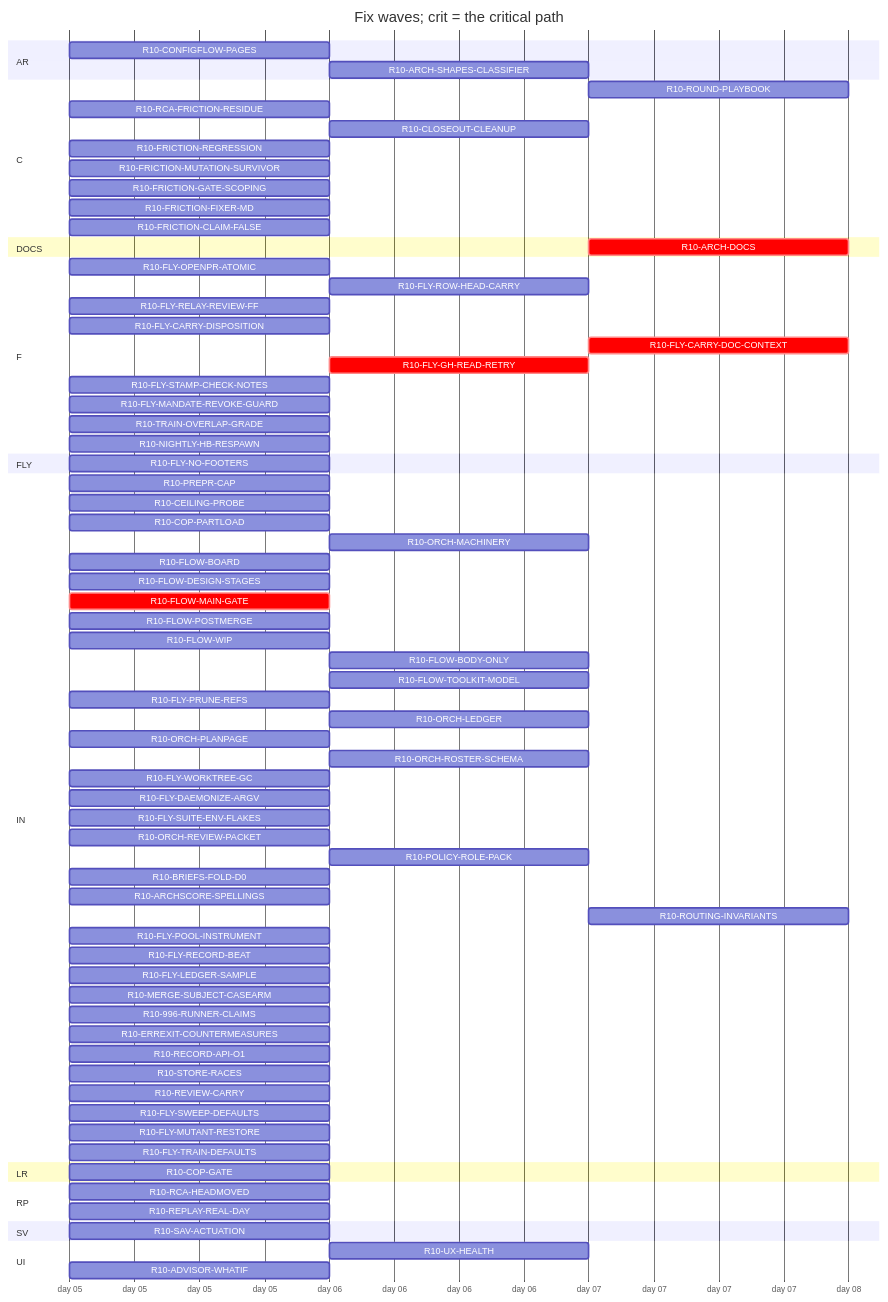
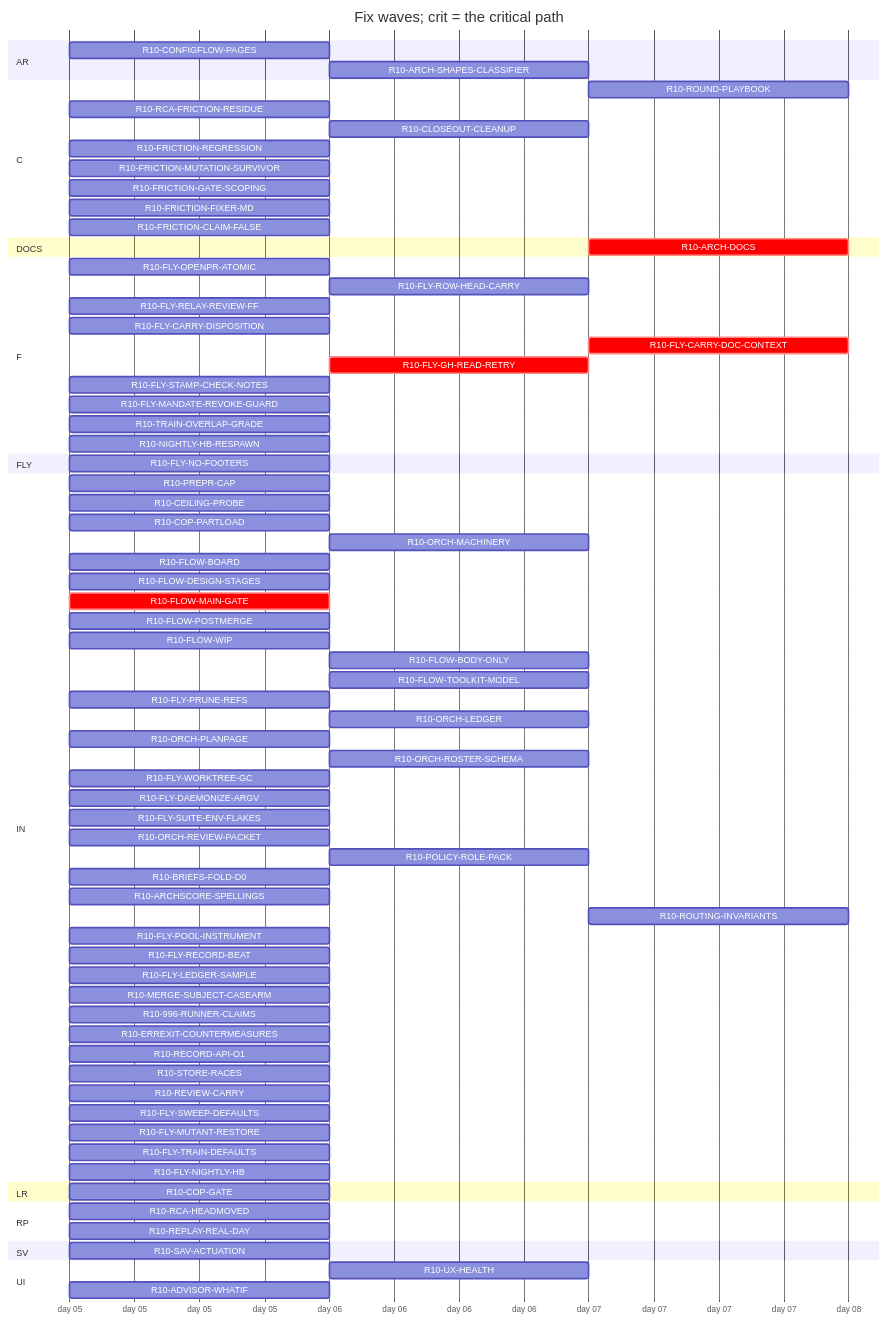
One commit to tvofi/heatpump_optimizer changed the diagram in handoff/round10/state/PLAN-TABLE.md. Above: the diagram before and after it, drawn with Mermaid. The commit also changed other lines of this file and 3 other files, not shown here.

Commit message:
state: FLOW-BOARD.md, NEXT-SESSION-PROMPT.md, PLAN-TABLE.md, RESUME-CURRENT.md regenerated (state_docs.py)

````diff
--- a/handoff/round10/state/PLAN-TABLE.md
+++ b/handoff/round10/state/PLAN-TABLE.md
@@ -23,79 +23,80 @@
 ```mermaid
 gantt
   title Fix waves; crit = the critical path
   dateFormat YYYY-MM-DD
   axisFormat day %d
   section AR
     R10-CONFIGFLOW-PAGES :r10CONFIGFLOWPAGES, 2026-01-05, 1d
     R10-ARCH-SHAPES-CLASSIFIER :r10ARCHSHAPESCLASSIFIER, after r10996RUNNERCLAIMS, 1d
   section C
     R10-ROUND-PLAYBOOK :r10ROUNDPLAYBOOK, after r10ORCHLEDGER r10ORCHPLANPAGE r10FLOWMAINGATE r10FLYRELAYREVIEWFF r10FLOWBODYONLY, 1d
     R10-RCA-FRICTION-RESIDUE :r10RCAFRICTIONRESIDUE, 2026-01-05, 1d
     R10-CLOSEOUT-CLEANUP :r10CLOSEOUTCLEANUP, after r10FLYPRUNEREFS r10FLYWORKTREEGC, 1d
     R10-FRICTION-REGRESSION :r10FRICTIONREGRESSION, 2026-01-05, 1d
     R10-FRICTION-MUTATION-SURVIVOR :r10FRICTIONMUTATIONSURVIVOR, 2026-01-05, 1d
     R10-FRICTION-GATE-SCOPING :r10FRICTIONGATESCOPING, 2026-01-05, 1d
     R10-FRICTION-FIXER-MD :r10FRICTIONFIXERMD, 2026-01-05, 1d
     R10-FRICTION-CLAIM-FALSE :r10FRICTIONCLAIMFALSE, 2026-01-05, 1d
   section DOCS
     R10-ARCH-DOCS :crit, r10ARCHDOCS, after r10COPGATE r10UXHEALTH r10CONFIGFLOWPAGES r10RCAHEADMOVED r10CEILINGPROBE r10COPPARTLOAD r10FLOWBOARD r10FLOWDESIGNSTAGES r10FLOWPOSTMERGE r10FLOWWIP r10FLOWBODYONLY r10FLYOPENPRATOMIC r10FLYROWHEADCARRY r10FLYRELAYREVIEWFF r10FLYCARRYDISPOSITION r10FLYCARRYDOCCONTEXT r10FLOWTOOLKITMODEL r10FLYSTAMPCHECKNOTES r10FLYMANDATEREVOKEGUARD r10RCAFRICTIONRESIDUE r10TRAINOVERLAPGRADE r10NIGHTLYHBRESPAWN r10FLYPRUNEREFS r10ORCHLEDGER r10ORCHPLANPAGE r10ORCHROSTERSCHEMA r10FLYWORKTREEGC r10FLYDAEMONIZEARGV r10ORCHREVIEWPACKET r10POLICYROLEPACK r10BRIEFSFOLDD0 r10REPLAYREALDAY r10ARCHSCORESPELLINGS r10SAVACTUATION r10FLYLEDGERSAMPLE, 1d
   section F
     R10-FLY-OPENPR-ATOMIC :r10FLYOPENPRATOMIC, 2026-01-05, 1d
     R10-FLY-ROW-HEAD-CARRY :r10FLYROWHEADCARRY, after r10FLYOPENPRATOMIC, 1d
     R10-FLY-RELAY-REVIEW-FF :r10FLYRELAYREVIEWFF, 2026-01-05, 1d
     R10-FLY-CARRY-DISPOSITION :r10FLYCARRYDISPOSITION, 2026-01-05, 1d
     R10-FLY-CARRY-DOC-CONTEXT :crit, r10FLYCARRYDOCCONTEXT, after r10FLYGHREADRETRY, 1d
     R10-FLY-GH-READ-RETRY :crit, r10FLYGHREADRETRY, after r10FLOWMAINGATE, 1d
     R10-FLY-STAMP-CHECK-NOTES :r10FLYSTAMPCHECKNOTES, 2026-01-05, 1d
     R10-FLY-MANDATE-REVOKE-GUARD :r10FLYMANDATEREVOKEGUARD, 2026-01-05, 1d
     R10-TRAIN-OVERLAP-GRADE :r10TRAINOVERLAPGRADE, 2026-01-05, 1d
     R10-NIGHTLY-HB-RESPAWN :r10NIGHTLYHBRESPAWN, 2026-01-05, 1d
   section FLY
     R10-FLY-NO-FOOTERS :r10FLYNOFOOTERS, 2026-01-05, 1d
   section IN
     R10-PREPR-CAP :r10PREPRCAP, 2026-01-05, 1d
     R10-CEILING-PROBE :r10CEILINGPROBE, 2026-01-05, 1d
     R10-COP-PARTLOAD :r10COPPARTLOAD, 2026-01-05, 1d
     R10-ORCH-MACHINERY :r10ORCHMACHINERY, after r10FLOWMAINGATE, 1d
     R10-FLOW-BOARD :r10FLOWBOARD, 2026-01-05, 1d
     R10-FLOW-DESIGN-STAGES :r10FLOWDESIGNSTAGES, 2026-01-05, 1d
     R10-FLOW-MAIN-GATE :crit, r10FLOWMAINGATE, 2026-01-05, 1d
     R10-FLOW-POSTMERGE :r10FLOWPOSTMERGE, 2026-01-05, 1d
     R10-FLOW-WIP :r10FLOWWIP, 2026-01-05, 1d
     R10-FLOW-BODY-ONLY :r10FLOWBODYONLY, after r10FLYOPENPRATOMIC, 1d
     R10-FLOW-TOOLKIT-MODEL :r10FLOWTOOLKITMODEL, after r10ORCHPLANPAGE, 1d
     R10-FLY-PRUNE-REFS :r10FLYPRUNEREFS, 2026-01-05, 1d
     R10-ORCH-LEDGER :r10ORCHLEDGER, after r10FLOWMAINGATE, 1d
     R10-ORCH-PLANPAGE :r10ORCHPLANPAGE, 2026-01-05, 1d
     R10-ORCH-ROSTER-SCHEMA :r10ORCHROSTERSCHEMA, after r10FLOWMAINGATE, 1d
     R10-FLY-WORKTREE-GC :r10FLYWORKTREEGC, 2026-01-05, 1d
     R10-FLY-DAEMONIZE-ARGV :r10FLYDAEMONIZEARGV, 2026-01-05, 1d
     R10-FLY-SUITE-ENV-FLAKES :r10FLYSUITEENVFLAKES, 2026-01-05, 1d
     R10-ORCH-REVIEW-PACKET :r10ORCHREVIEWPACKET, 2026-01-05, 1d
     R10-POLICY-ROLE-PACK :r10POLICYROLEPACK, after r10FLOWDESIGNSTAGES, 1d
     R10-BRIEFS-FOLD-D0 :r10BRIEFSFOLDD0, 2026-01-05, 1d
     R10-ARCHSCORE-SPELLINGS :r10ARCHSCORESPELLINGS, 2026-01-05, 1d
     R10-ROUTING-INVARIANTS :r10ROUTINGINVARIANTS, after r10ORCHROSTERSCHEMA, 1d
     R10-FLY-POOL-INSTRUMENT :r10FLYPOOLINSTRUMENT, 2026-01-05, 1d
     R10-FLY-RECORD-BEAT :r10FLYRECORDBEAT, 2026-01-05, 1d
     R10-FLY-LEDGER-SAMPLE :r10FLYLEDGERSAMPLE, 2026-01-05, 1d
     R10-MERGE-SUBJECT-CASEARM :r10MERGESUBJECTCASEARM, 2026-01-05, 1d
     R10-996-RUNNER-CLAIMS :r10996RUNNERCLAIMS, 2026-01-05, 1d
     R10-ERREXIT-COUNTERMEASURES :r10ERREXITCOUNTERMEASURES, 2026-01-05, 1d
     R10-RECORD-API-O1 :r10RECORDAPIO1, 2026-01-05, 1d
     R10-STORE-RACES :r10STORERACES, 2026-01-05, 1d
     R10-REVIEW-CARRY :r10REVIEWCARRY, 2026-01-05, 1d
     R10-FLY-SWEEP-DEFAULTS :r10FLYSWEEPDEFAULTS, 2026-01-05, 1d
     R10-FLY-MUTANT-RESTORE :r10FLYMUTANTRESTORE, 2026-01-05, 1d
     R10-FLY-TRAIN-DEFAULTS :r10FLYTRAINDEFAULTS, 2026-01-05, 1d
+    R10-FLY-NIGHTLY-HB :r10FLYNIGHTLYHB, 2026-01-05, 1d
   section LR
     R10-COP-GATE :r10COPGATE, 2026-01-05, 1d
   section RP
     R10-RCA-HEADMOVED :r10RCAHEADMOVED, 2026-01-05, 1d
     R10-REPLAY-REAL-DAY :r10REPLAYREALDAY, 2026-01-05, 1d
   section SV
     R10-SAV-ACTUATION :r10SAVACTUATION, 2026-01-05, 1d
   section UI
     R10-UX-HEALTH :r10UXHEALTH, after r10COPGATE, 1d
     R10-ADVISOR-WHATIF :r10ADVISORWHATIF, 2026-01-05, 1d
 ```
````
